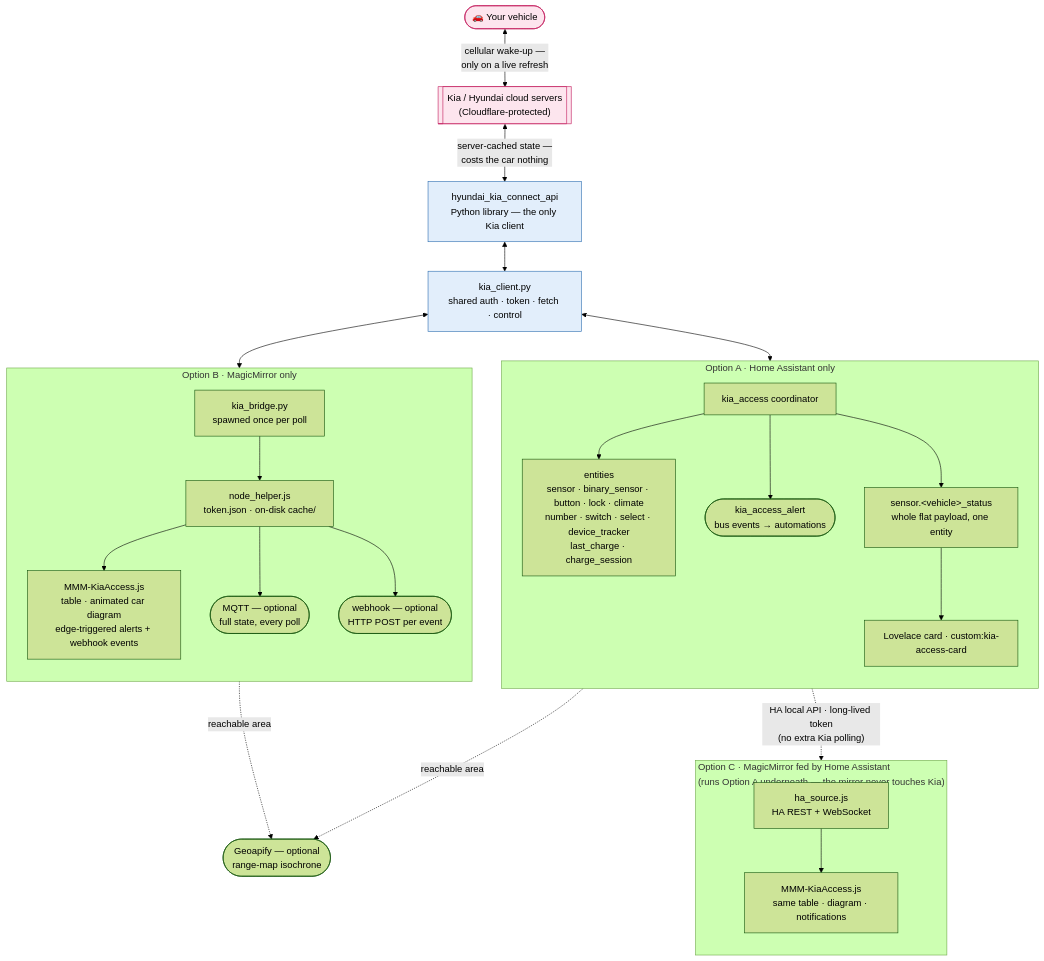
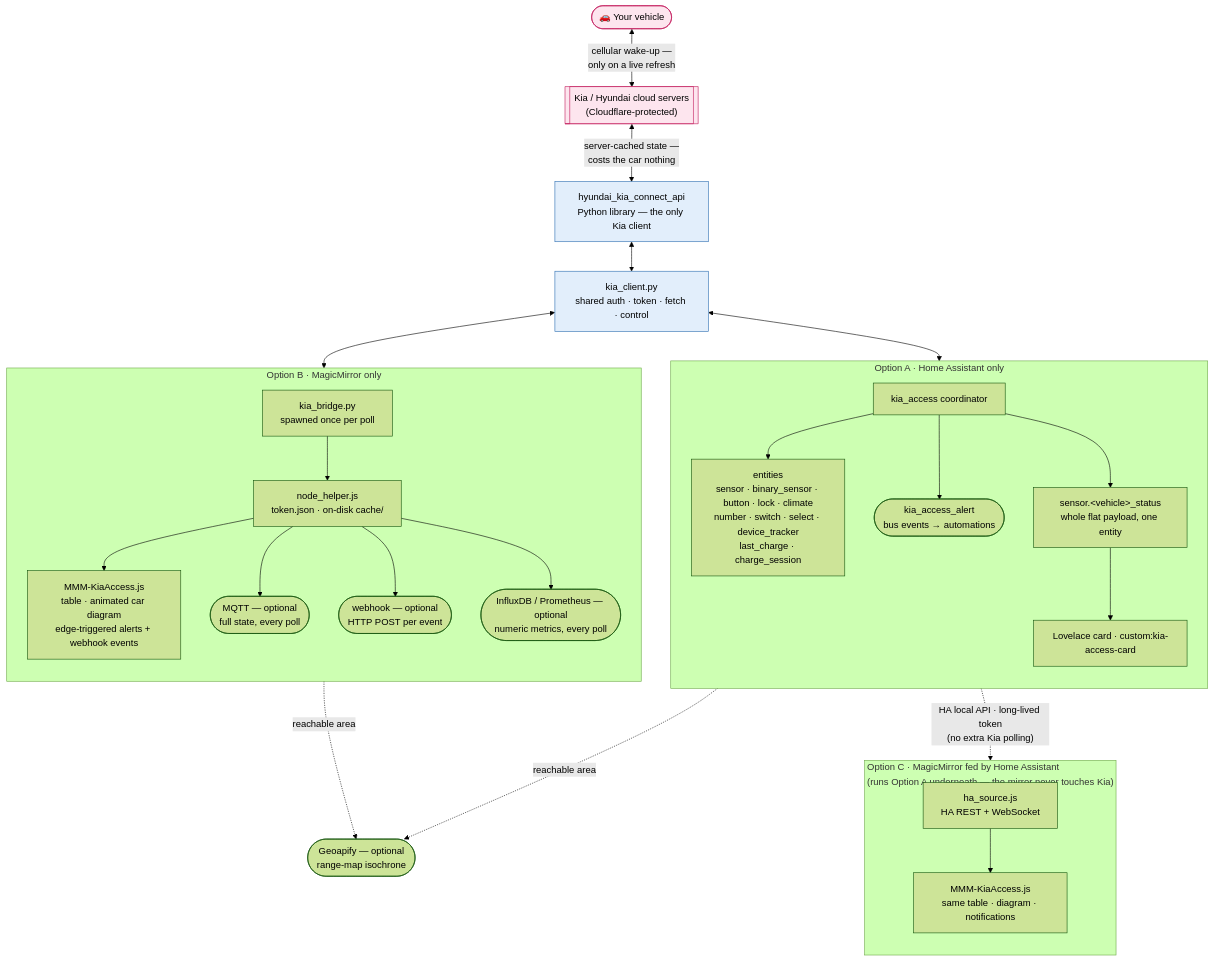
One commit to Legal-Copy7045/MMM-KiaAccess changed the diagram in docs/data-flow.mmd. Above: the diagram before and after it, drawn with Mermaid (forest theme). The commit also changed 8 other files, not shown here.

First line of the commit message:
Time-series export: InfluxDB push + Prometheus /metrics (MM node_helper)

```diff
--- a/docs/data-flow.mmd
+++ b/docs/data-flow.mmd
@@ -1,55 +1,57 @@
 %% Editable source for docs/data-flow.svg — keep both in sync.
 %% GitHub renders this block natively; the committed SVG is a tidied hand-layout.
 flowchart TB
     car(["🚗 Your vehicle"])
     cloud[["Kia / Hyundai cloud servers<br/>(Cloudflare-protected)"]]
     lib["hyundai_kia_connect_api<br/>Python library — the only Kia client"]
     kc["kia_client.py<br/>shared auth · token · fetch · control"]
 
     car <-->|"cellular wake-up —<br/>only on a live refresh"| cloud
     cloud <-->|"server-cached state —<br/>costs the car nothing"| lib
     lib <--> kc
 
     subgraph A["Option A · Home Assistant only"]
         direction TB
         coord["kia_access coordinator"]
         ent["entities<br/>sensor · binary_sensor · button · lock · climate<br/>number · switch · select · device_tracker<br/>last_charge · charge_session"]
         evt(["kia_access_alert<br/>bus events → automations"])
         status["sensor.&lt;vehicle&gt;_status<br/>whole flat payload, one entity"]
         card["Lovelace card · custom:kia-access-card"]
         coord --> ent
         coord --> evt
         coord --> status --> card
     end
 
     subgraph B["Option B · MagicMirror only"]
         direction TB
         bridge["kia_bridge.py<br/>spawned once per poll"]
         nh["node_helper.js<br/>token.json · on-disk cache/"]
         mm["MMM-KiaAccess.js<br/>table · animated car diagram<br/>edge-triggered alerts + webhook events"]
         mqtt(["MQTT — optional<br/>full state, every poll"])
         hook(["webhook — optional<br/>HTTP POST per event"])
+        tsdb(["InfluxDB / Prometheus — optional<br/>numeric metrics, every poll"])
         bridge --> nh --> mm
         nh --> mqtt
         nh --> hook
+        nh --> tsdb
     end
 
     subgraph C["Option C · MagicMirror fed by Home Assistant<br/>(runs Option A underneath — the mirror never touches Kia)"]
         direction TB
         hasrc["ha_source.js<br/>HA REST + WebSocket"]
         mmc["MMM-KiaAccess.js<br/>same table · diagram · notifications"]
         hasrc --> mmc
     end
 
     geo(["Geoapify — optional<br/>range-map isochrone"])
     card -.->|"reachable area"| geo
     nh -.->|"reachable area"| geo
 
     kc <--> coord
     kc <--> bridge
     status -.->|"HA local API · long-lived token<br/>(no extra Kia polling)"| hasrc
 
     classDef kia fill:#fde5ee,stroke:#c2185b,color:#000
     classDef shared fill:#e2eefb,stroke:#2b6cb0,color:#000
     class car,cloud kia
     class lib,kc shared
```
